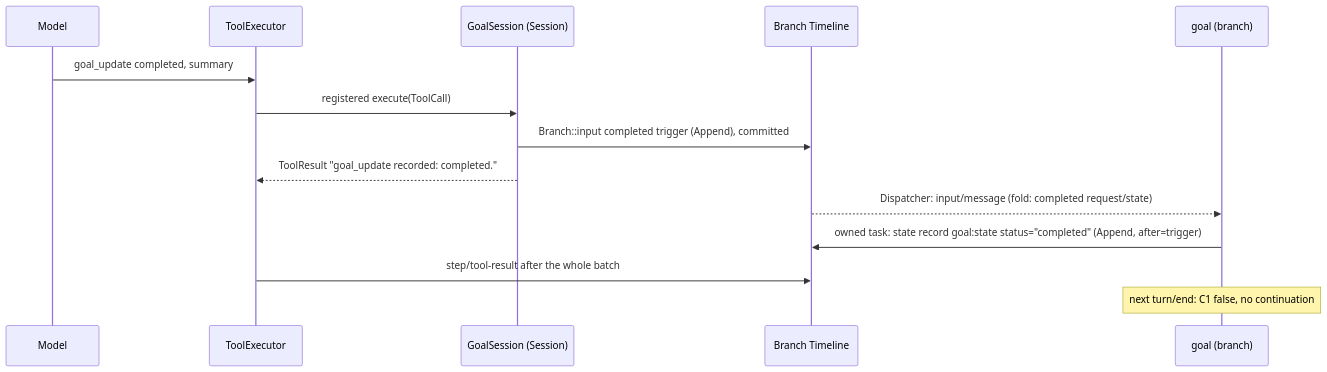
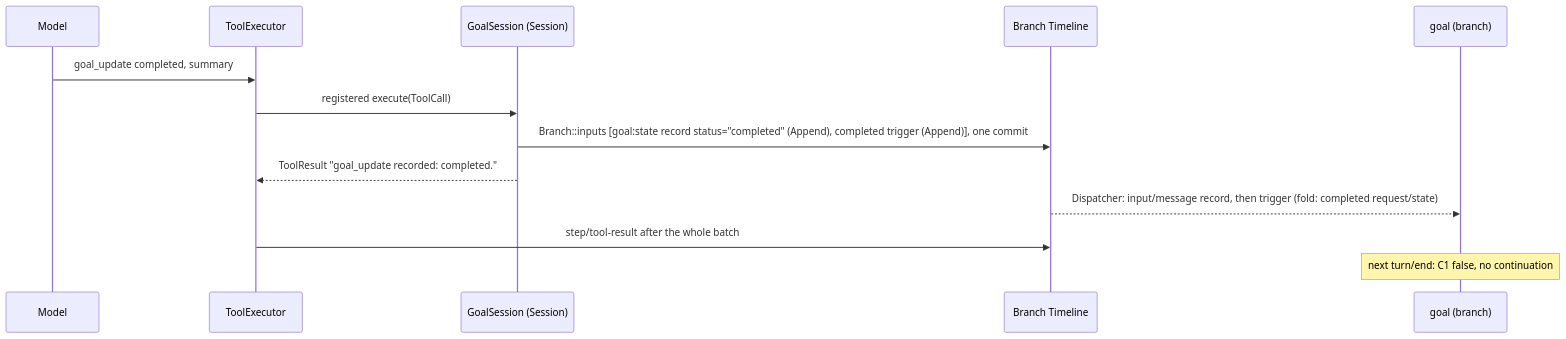
Before and after one commit to CoutinhoTTS/dim-agent: the fourth of 7 diagrams in docs/design/plugins/Goal.md, drawn with Mermaid. The commit also changed other lines of this file and 16 other files, not shown here.

````diff
--- a/docs/design/plugins/Goal.md
+++ b/docs/design/plugins/Goal.md
@@ -143,16 +142,15 @@
 ```mermaid
 sequenceDiagram
   participant Model
   participant TE as ToolExecutor
   participant GS as GoalSession (Session)
   participant TL as Branch Timeline
   participant G as goal (branch)
   Model->>TE: goal_update completed, summary
   TE->>GS: registered execute(ToolCall)
-  GS->>TL: Branch::input completed trigger (Append), committed
+  GS->>TL: Branch::inputs [goal:state record status="completed" (Append), completed trigger (Append)], one commit
   GS-->>TE: ToolResult "goal_update recorded: completed."
-  TL-->>G: Dispatcher: input/message (fold: completed request/state)
-  G->>TL: owned task: state record goal:state status="completed" (Append, after=trigger)
+  TL-->>G: Dispatcher: input/message record, then trigger (fold: completed request/state)
   TE->>TL: step/tool-result after the whole batch
   Note over G: next turn/end: C1 false, no continuation
 ```
````
